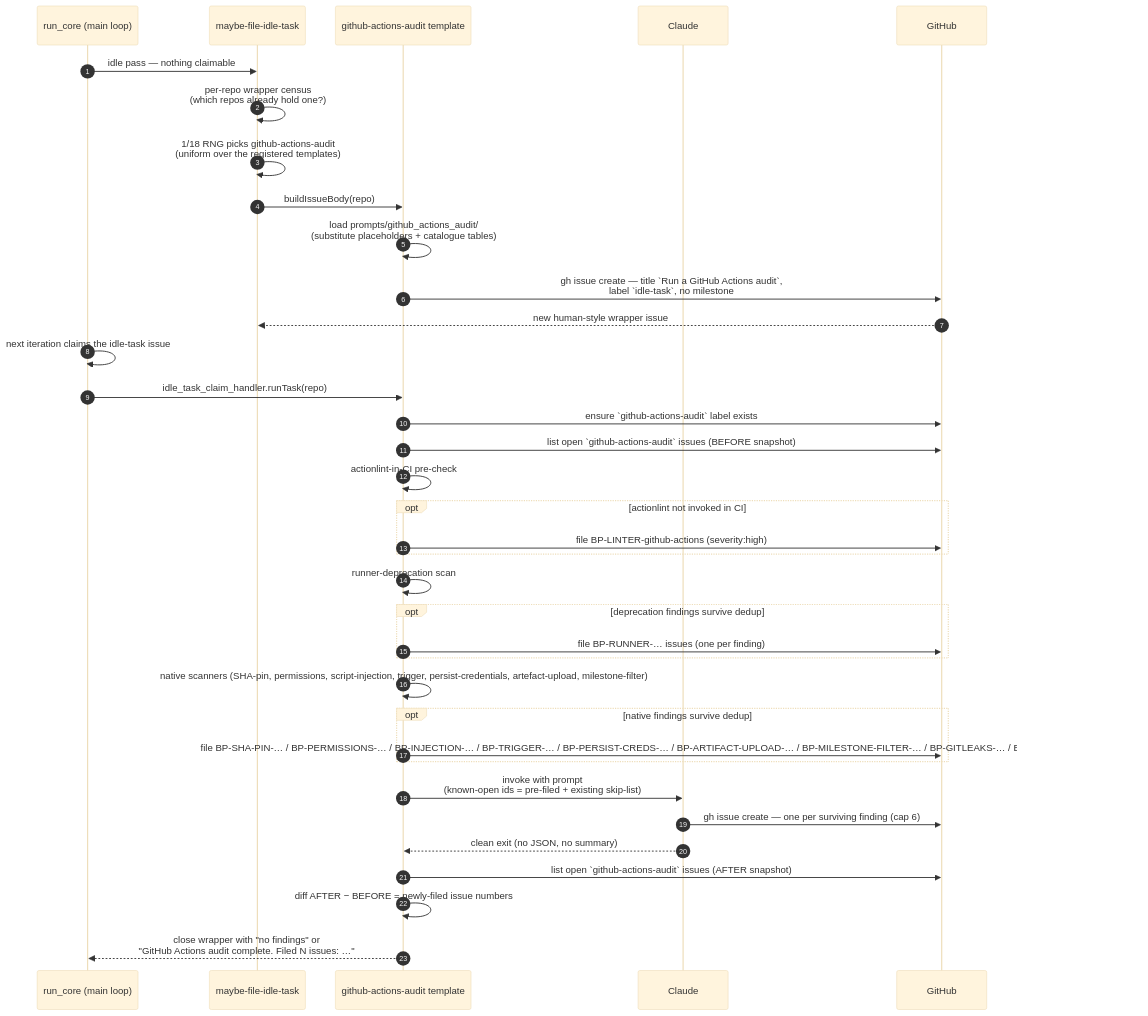
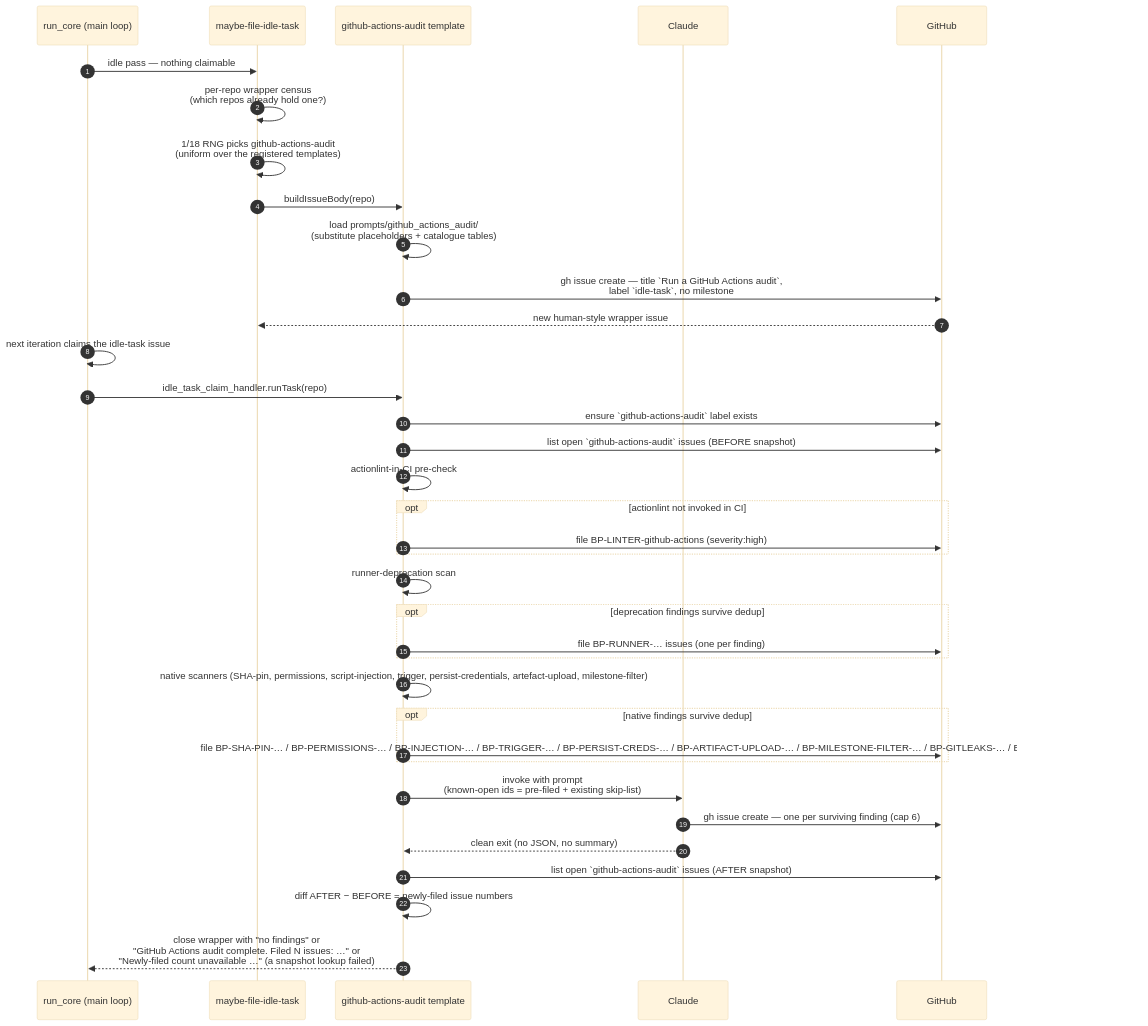
Before and after one commit to stSoftwareAU/VibeCoder: the first of 3 diagrams in docs/GITHUB-ACTIONS-AUDIT-SCAN.md, drawn with Mermaid (base theme). The commit also changed other lines of this file and 9 other files, not shown here.

````diff
--- a/docs/GITHUB-ACTIONS-AUDIT-SCAN.md
+++ b/docs/GITHUB-ACTIONS-AUDIT-SCAN.md
@@ -180,39 +180,39 @@
 ```mermaid
 sequenceDiagram
     autonumber
     participant Main as run_core (main loop)
     participant Filer as maybe-file-idle-task
     participant Template as github-actions-audit template
     participant Claude
     participant GH as GitHub
 
     Main->>Filer: idle pass — nothing claimable
     Filer->>Filer: per-repo wrapper census<br/>(which repos already hold one?)
     Filer->>Filer: 1/18 RNG picks github-actions-audit<br/>(uniform over the registered templates)
     Filer->>Template: buildIssueBody(repo)
     Template->>Template: load prompts/github_actions_audit/<br/>(substitute placeholders + catalogue tables)
     Template->>GH: gh issue create — title `Run a GitHub Actions audit`,<br/>label `idle-task`, no milestone
     GH-->>Filer: new human-style wrapper issue
     Main->>Main: next iteration claims the idle-task issue
     Main->>Template: idle_task_claim_handler.runTask(repo)
     Template->>GH: ensure `github-actions-audit` label exists
     Template->>GH: list open `github-actions-audit` issues (BEFORE snapshot)
     Template->>Template: actionlint-in-CI pre-check
     opt actionlint not invoked in CI
         Template->>GH: file BP-LINTER-github-actions (severity:high)
     end
     Template->>Template: runner-deprecation scan
     opt deprecation findings survive dedup
         Template->>GH: file BP-RUNNER-… issues (one per finding)
     end
     Template->>Template: native scanners (SHA-pin, permissions, script-injection, trigger, persist-credentials, artefact-upload, milestone-filter)
     opt native findings survive dedup
         Template->>GH: file BP-SHA-PIN-… / BP-PERMISSIONS-… / BP-INJECTION-… / BP-TRIGGER-… / BP-PERSIST-CREDS-… / BP-ARTIFACT-UPLOAD-… / BP-MILESTONE-FILTER-… / BP-GITLEAKS-… / BP-CI-INSTALL-PIN-… issues
     end
     Template->>Claude: invoke with prompt<br/>(known-open ids = pre-filed + existing skip-list)
     Claude->>GH: gh issue create — one per surviving finding (cap 6)
     Claude-->>Template: clean exit (no JSON, no summary)
     Template->>GH: list open `github-actions-audit` issues (AFTER snapshot)
     Template->>Template: diff AFTER − BEFORE = newly-filed issue numbers
-    Template-->>Main: close wrapper with "no findings" or<br/>"GitHub Actions audit complete. Filed N issues: …"
+    Template-->>Main: close wrapper with "no findings" or<br/>"GitHub Actions audit complete. Filed N issues: …" or<br/>"Newly-filed count unavailable …" (a snapshot lookup failed)
 ```
````
